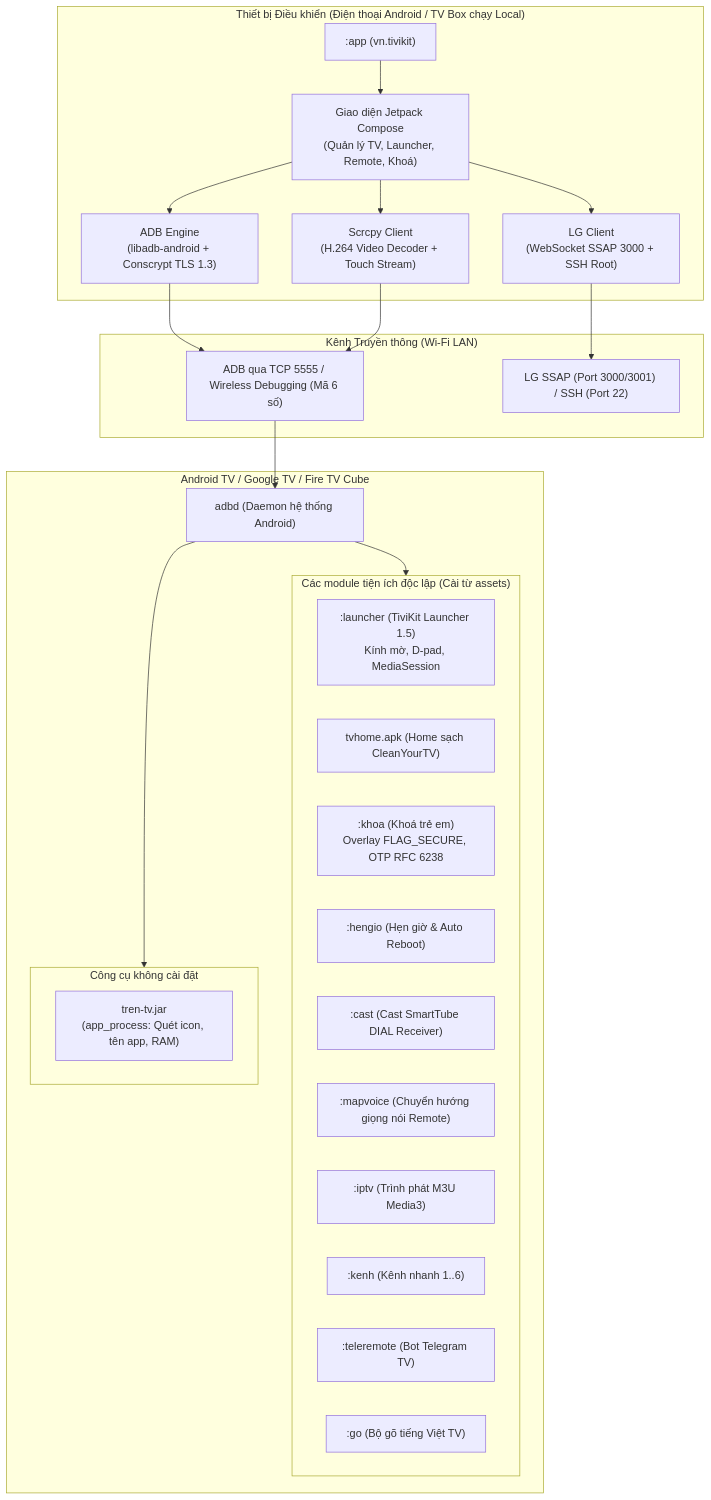
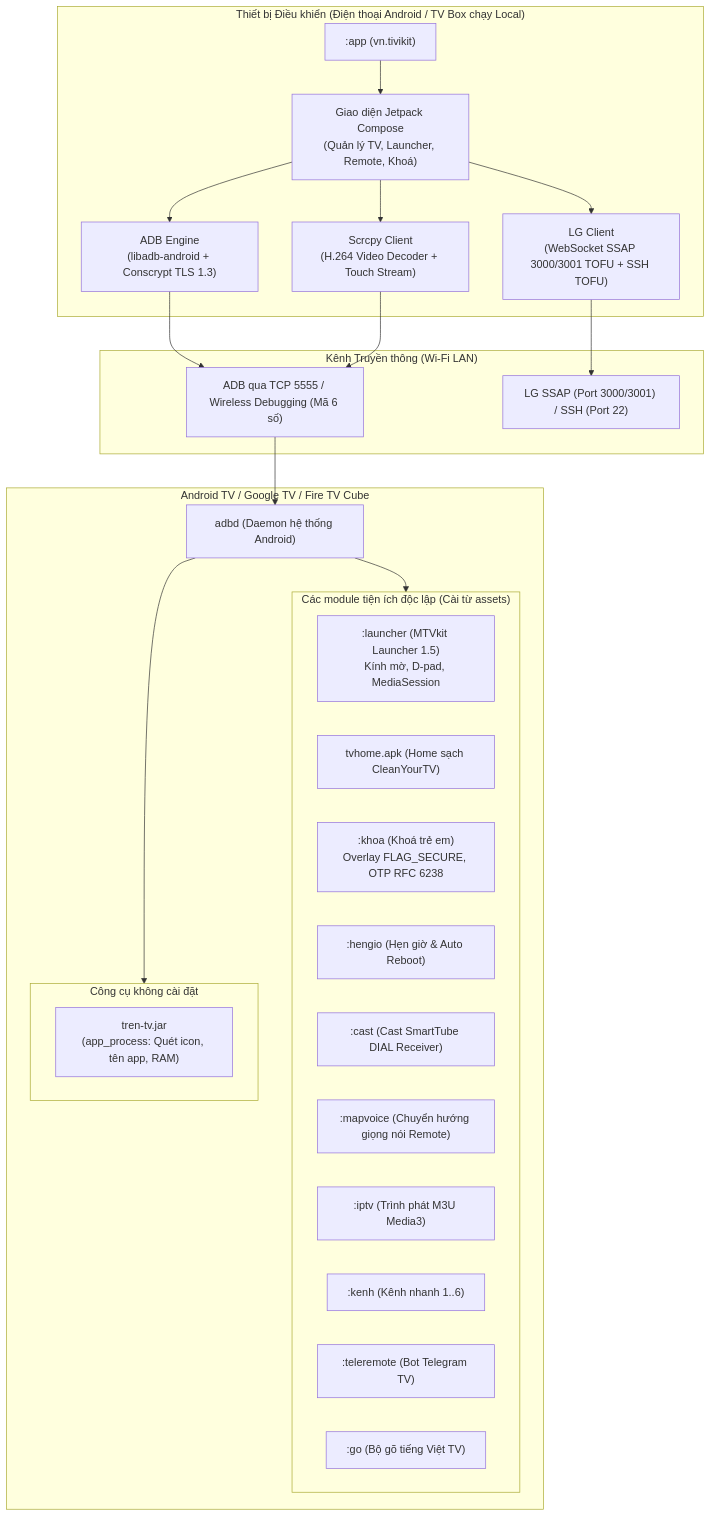
Before and after one commit to maptoan/tivikit: the diagram in docs/KIEN_TRUC_HE_THONG.md, drawn with Mermaid. The commit also changed other lines of this file and 4 other files, not shown here.

````diff
--- a/docs/KIEN_TRUC_HE_THONG.md
+++ b/docs/KIEN_TRUC_HE_THONG.md
@@ -11,47 +11,47 @@
 ```mermaid
 flowchart TD
     subgraph Client ["Thiết bị Điều khiển (Điện thoại Android / TV Box chạy Local)"]
         App[":app (vn.tivikit)"]
         UI["Giao diện Jetpack Compose\n(Quản lý TV, Launcher, Remote, Khoá)"]
         AdbEngine["ADB Engine\n(libadb-android + Conscrypt TLS 1.3)"]
         ScrcpyClient["Scrcpy Client\n(H.264 Video Decoder + Touch Stream)"]
-        LGClient["LG Client\n(WebSocket SSAP 3000 + SSH Root)"]
+        LGClient["LG Client\n(WebSocket SSAP 3000/3001 TOFU + SSH TOFU)"]
         App --> UI
         UI --> AdbEngine
         UI --> ScrcpyClient
         UI --> LGClient
     end
 
     subgraph Network ["Kênh Truyền thông (Wi-Fi LAN)"]
         ADB_TCP["ADB qua TCP 5555 / Wireless Debugging (Mã 6 số)"]
         WS_SSH["LG SSAP (Port 3000/3001) / SSH (Port 22)"]
     end
 
     subgraph TargetTV ["Android TV / Google TV / Fire TV Cube"]
         Adblister["adbd (Daemon hệ thống Android)"]
         
         subgraph Helpers ["Các module tiện ích độc lập (Cài từ assets)"]
-            Launcher[":launcher (TiviKit Launcher 1.5)\nKính mờ, D-pad, MediaSession"]
+            Launcher[":launcher (MTVkit Launcher 1.5)\nKính mờ, D-pad, MediaSession"]
             HomeSach["tvhome.apk (Home sạch CleanYourTV)"]
             Khoa[":khoa (Khoá trẻ em)\nOverlay FLAG_SECURE, OTP RFC 6238"]
             HenGio[":hengio (Hẹn giờ & Auto Reboot)"]
             Cast[":cast (Cast SmartTube DIAL Receiver)"]
             MapVoice[":mapvoice (Chuyển hướng giọng nói Remote)"]
             IPTV[":iptv (Trình phát M3U Media3)"]
             Kenh[":kenh (Kênh nhanh 1..6)"]
             Tele[":teleremote (Bot Telegram TV)"]
             Go[":go (Bộ gõ tiếng Việt TV)"]
         end
 
         subgraph Headless ["Công cụ không cài đặt"]
             TrenTV["tren-tv.jar\n(app_process: Quét icon, tên app, RAM)"]
         end
     end
 
     AdbEngine --> ADB_TCP
     ScrcpyClient --> ADB_TCP
     LGClient --> WS_SSH
     ADB_TCP --> Adblister
     Adblister --> Helpers
     Adblister --> Headless
 ```
````
